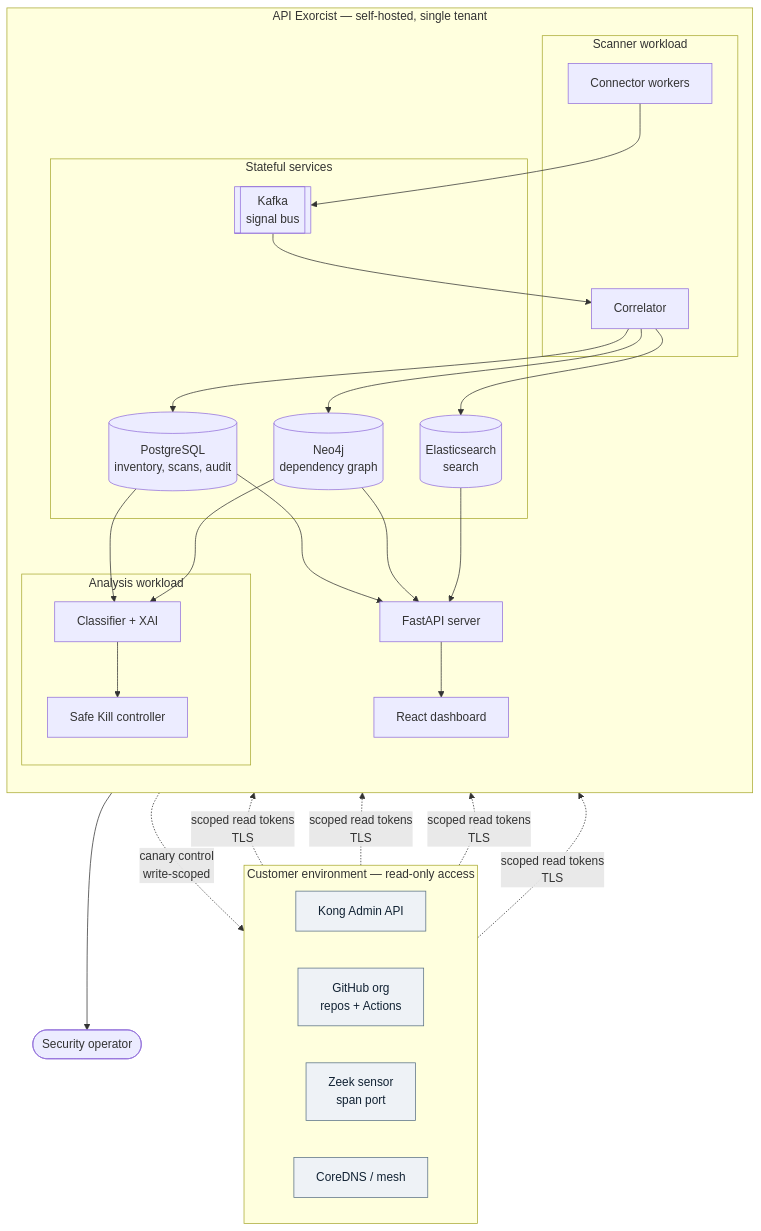
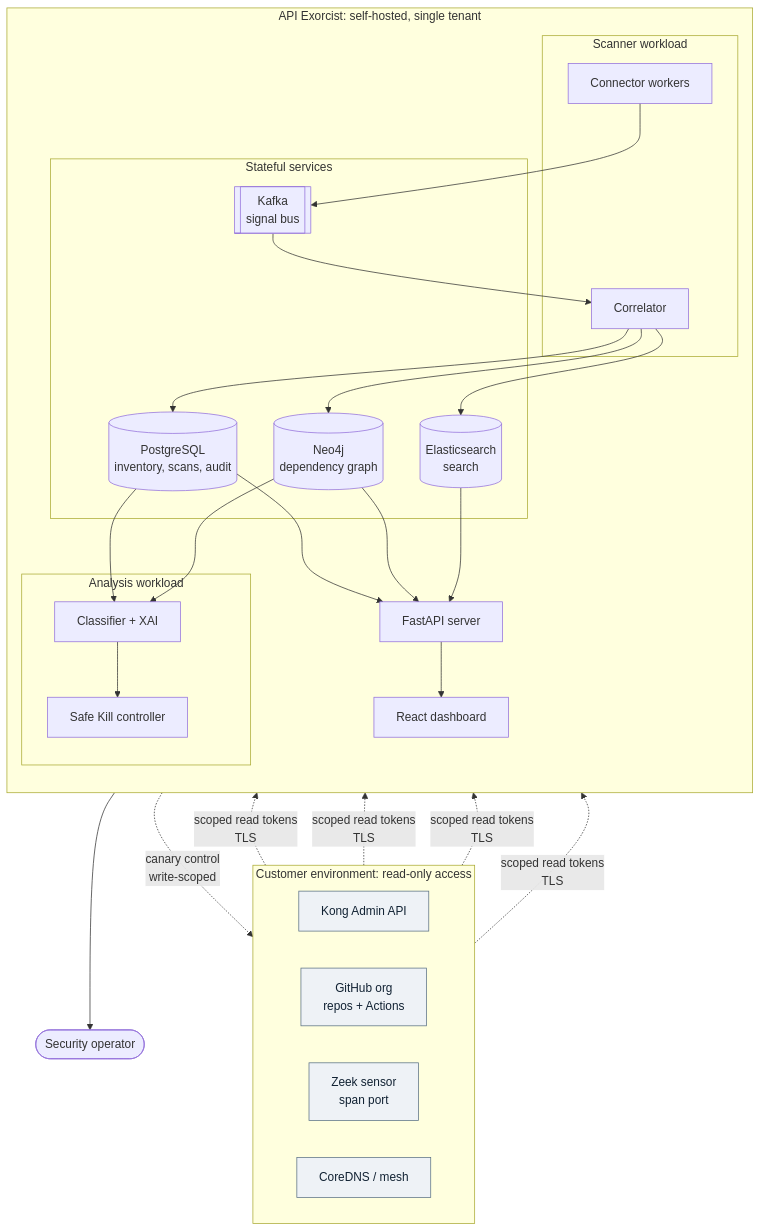
Before and after one commit to shivanshjindal28/api-exorcist: the diagram in docs/diagrams/deployment.mmd, drawn with Mermaid. The commit also changed 36 other files, not shown here.

```diff
--- a/docs/diagrams/deployment.mmd
+++ b/docs/diagrams/deployment.mmd
@@ -1,41 +1,41 @@
 flowchart TB
-    subgraph CUST["Customer environment — read-only access"]
+    subgraph CUST["Customer environment: read-only access"]
         direction LR
         C1["Kong Admin API"]
         C2["GitHub org<br/>repos + Actions"]
         C3["Zeek sensor<br/>span port"]
         C4["CoreDNS / mesh"]
     end
 
-    subgraph HOST["API Exorcist — self-hosted, single tenant"]
+    subgraph HOST["API Exorcist: self-hosted, single tenant"]
         direction TB
         subgraph POD1["Scanner workload"]
             W1["Connector workers"]
             W2["Correlator"]
         end
         subgraph POD2["Analysis workload"]
             W3["Classifier + XAI"]
             W4["Safe Kill controller"]
         end
         subgraph DATA["Stateful services"]
             PG[("PostgreSQL<br/>inventory, scans, audit")]
             NEO[("Neo4j<br/>dependency graph")]
             ES[("Elasticsearch<br/>search")]
             KAF[["Kafka<br/>signal bus"]]
         end
         SRV["FastAPI server"]
         WEB["React dashboard"]
     end
 
     OP(["Security operator"])
 
     C1 & C2 & C3 & C4 -.->|"scoped read tokens<br/>TLS"| W1
     W1 --> KAF --> W2
     W2 --> PG & ES & NEO
     PG & NEO --> W3 --> W4
     W4 -.->|"canary control<br/>write-scoped"| C1
     PG & NEO & ES --> SRV --> WEB --> OP
 
     classDef ext fill:#eef2f6,stroke:#5A7184,color:#123
     classDef int fill:#dff0e8,stroke:#2F6B63,color:#123
     class C1,C2,C3,C4 ext
```
